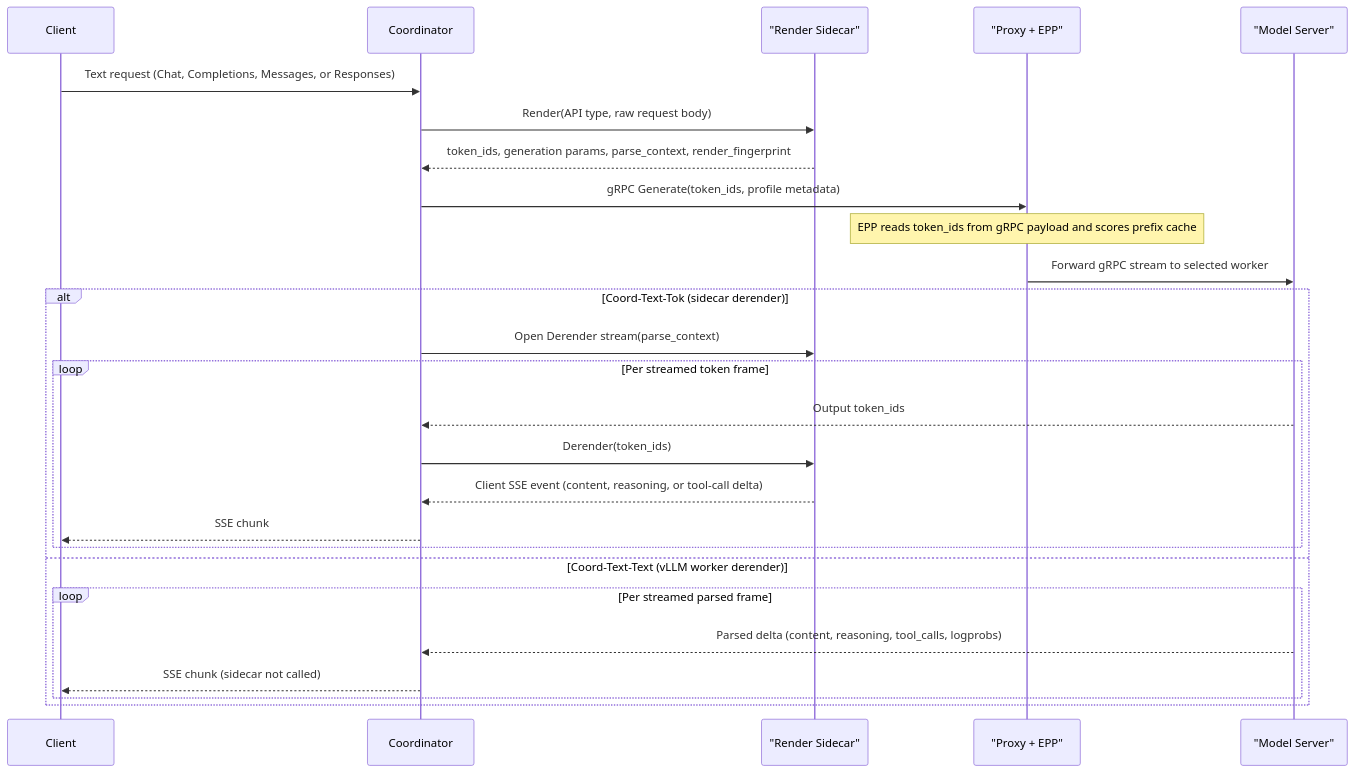
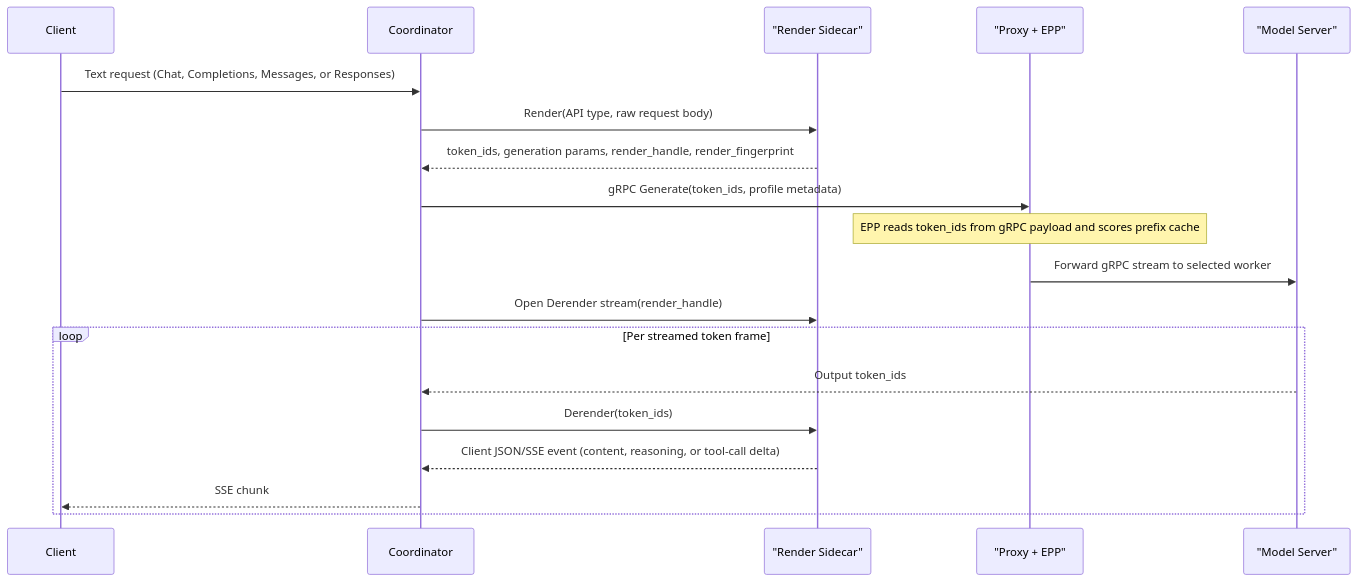
Before and after one commit to llm-d/llm-d-router: the diagram in docs/tokenize-once-at-ingress.md, drawn with Mermaid. The commit also changed other lines of this file, not shown here.

````diff
--- a/docs/tokenize-once-at-ingress.md
+++ b/docs/tokenize-once-at-ingress.md
@@ -100,29 +107,22 @@
 ```mermaid
 sequenceDiagram
     participant C as Client
     participant Co as Coordinator
     participant R as "Render Sidecar"
     participant G as "Proxy + EPP"
     participant S as "Model Server"
 
     C->>Co: Text request (Chat, Completions, Messages, or Responses)
     Co->>R: Render(API type, raw request body)
-    R-->>Co: token_ids, generation params, parse_context, render_fingerprint
+    R-->>Co: token_ids, generation params, render_handle, render_fingerprint
     Co->>G: gRPC Generate(token_ids, profile metadata)
     Note over G: EPP reads token_ids from gRPC payload and scores prefix cache
     G->>S: Forward gRPC stream to selected worker
-    alt Coord-Text-Tok (sidecar derender)
-        Co->>R: Open Derender stream(parse_context)
-        loop Per streamed token frame
-            S-->>Co: Output token_ids
-            Co->>R: Derender(token_ids)
-            R-->>Co: Client SSE event (content, reasoning, or tool-call delta)
-            Co-->>C: SSE chunk
-        end
-    else Coord-Text-Text (vLLM worker derender)
-        loop Per streamed parsed frame
-            S-->>Co: Parsed delta (content, reasoning, tool_calls, logprobs)
-            Co-->>C: SSE chunk (sidecar not called)
-        end
+    Co->>R: Open Derender stream(render_handle)
+    loop Per streamed token frame
+        S-->>Co: Output token_ids
+        Co->>R: Derender(token_ids)
+        R-->>Co: Client JSON/SSE event (content, reasoning, or tool-call delta)
+        Co-->>C: SSE chunk
     end
 ```
````
